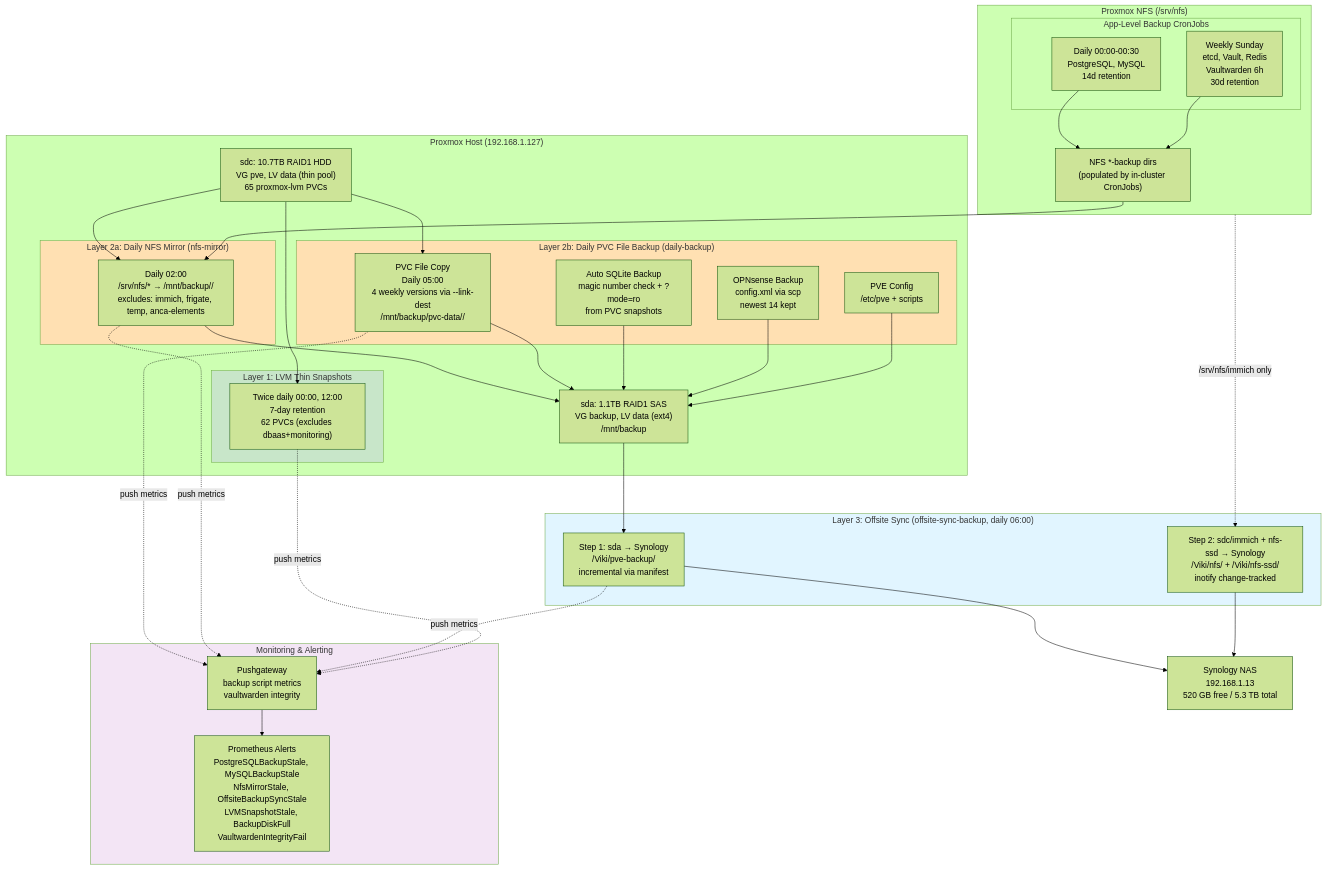
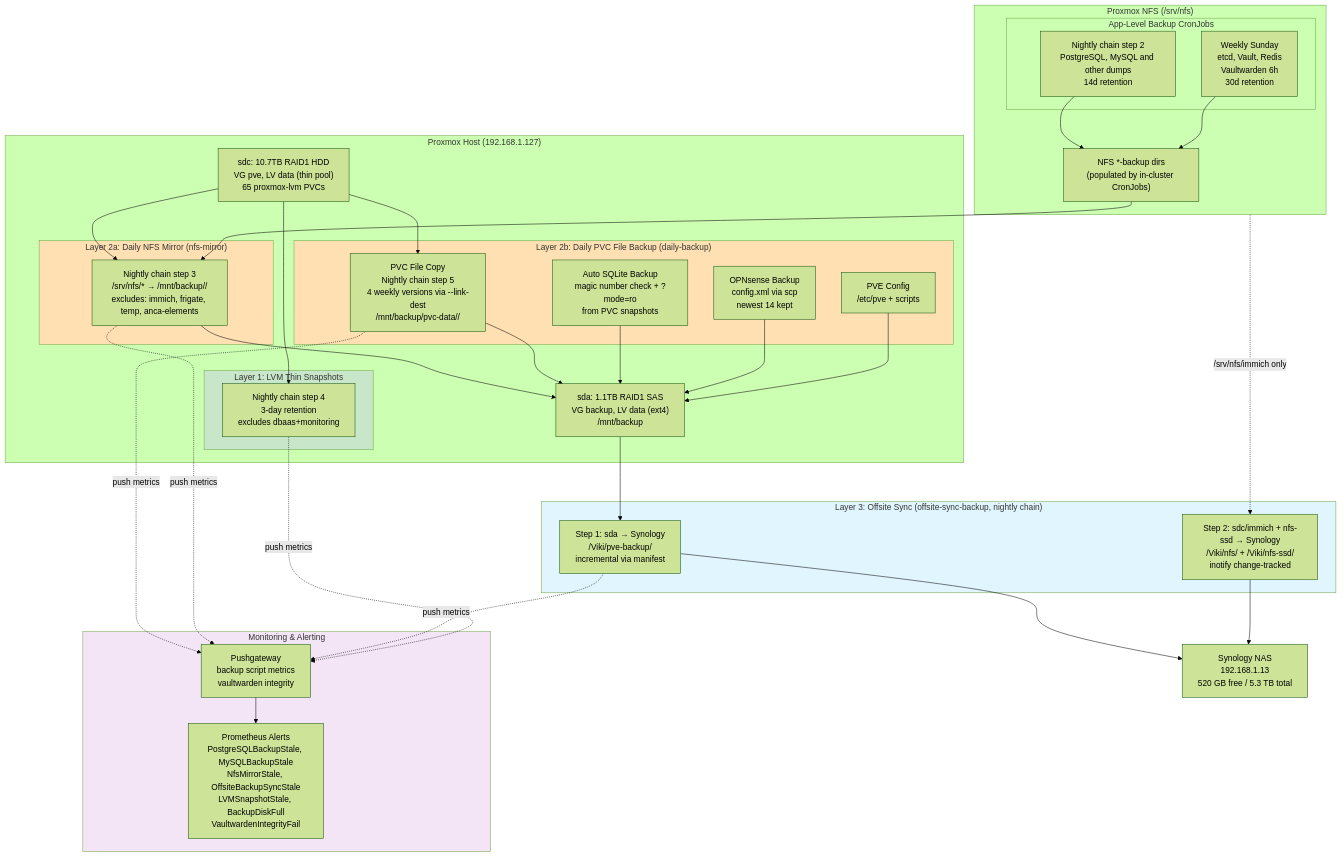
One commit to ViktorBarzin/infra changed the second of 6 diagrams in docs/architecture/backup-dr.md. Above: the diagram before and after it, drawn with Mermaid (forest theme). The commit also changed other lines of this file and 37 other files, not shown here.

````diff
--- a/docs/architecture/backup-dr.md
+++ b/docs/architecture/backup-dr.md
@@ -136,74 +164,74 @@
 ```mermaid
 graph TB
     subgraph Proxmox["Proxmox Host (192.168.1.127)"]
         sdc["sdc: 10.7TB RAID1 HDD<br/>VG pve, LV data (thin pool)<br/>65 proxmox-lvm PVCs"]
         sda["sda: 1.1TB RAID1 SAS<br/>VG backup, LV data (ext4)<br/>/mnt/backup"]
 
         subgraph Layer1["Layer 1: LVM Thin Snapshots"]
-            Snap["Twice daily 00:00, 12:00<br/>7-day retention<br/>62 PVCs (excludes dbaas+monitoring)"]
+            Snap["Nightly chain step 4<br/>3-day retention<br/>excludes dbaas+monitoring"]
         end
 
         subgraph Layer2a["Layer 2a: Daily NFS Mirror (nfs-mirror)"]
-            NFSMirror["Daily 02:00<br/>/srv/nfs/* → /mnt/backup/<svc>/<br/>excludes: immich, frigate, temp, anca-elements"]
+            NFSMirror["Nightly chain step 3<br/>/srv/nfs/* → /mnt/backup/<svc>/<br/>excludes: immich, frigate, temp, anca-elements"]
         end
 
         subgraph Layer2b["Layer 2b: Daily PVC File Backup (daily-backup)"]
-            PVCBackup["PVC File Copy<br/>Daily 05:00<br/>4 weekly versions via --link-dest<br/>/mnt/backup/pvc-data/<YYYY-WW>/"]
+            PVCBackup["PVC File Copy<br/>Nightly chain step 5<br/>4 weekly versions via --link-dest<br/>/mnt/backup/pvc-data/<YYYY-WW>/"]
             SQLiteBackup["Auto SQLite Backup<br/>magic number check + ?mode=ro<br/>from PVC snapshots"]
             PfsenseBackup["OPNsense Backup<br/>config.xml via scp<br/>newest 14 kept"]
             PVEConfig["PVE Config<br/>/etc/pve + scripts"]
         end
 
         sdc --> Snap
         sdc --> NFSMirror
         sdc --> PVCBackup
         NFSMirror --> sda
         PVCBackup --> sda
         SQLiteBackup --> sda
         PfsenseBackup --> sda
         PVEConfig --> sda
     end
 
     subgraph NFS_Storage["Proxmox NFS (/srv/nfs)"]
         NFS_Backup["NFS *-backup dirs<br/>(populated by in-cluster CronJobs)"]
 
         subgraph AppBackups["App-Level Backup CronJobs"]
-            CronDaily["Daily 00:00-00:30<br/>PostgreSQL, MySQL<br/>14d retention"]
+            CronDaily["Nightly chain step 2<br/>PostgreSQL, MySQL and other dumps<br/>14d retention"]
             CronWeekly["Weekly Sunday<br/>etcd, Vault, Redis<br/>Vaultwarden 6h<br/>30d retention"]
         end
 
         CronDaily --> NFS_Backup
         CronWeekly --> NFS_Backup
         NFS_Backup --> NFSMirror
     end
 
-    subgraph Layer3["Layer 3: Offsite Sync (offsite-sync-backup, daily 06:00)"]
+    subgraph Layer3["Layer 3: Offsite Sync (offsite-sync-backup, nightly chain)"]
         PVEOffsite["Step 1: sda → Synology<br/>/Viki/pve-backup/<br/>incremental via manifest"]
         NFSOffsite["Step 2: sdc/immich + nfs-ssd → Synology<br/>/Viki/nfs/ + /Viki/nfs-ssd/<br/>inotify change-tracked"]
     end
 
     sda --> PVEOffsite
     NFS_Storage -. "/srv/nfs/immich only" .-> NFSOffsite
 
     Synology["Synology NAS<br/>192.168.1.13<br/>520 GB free / 5.3 TB total"]
 
     PVEOffsite --> Synology
     NFSOffsite --> Synology
 
     subgraph Monitoring["Monitoring & Alerting"]
         Prometheus["Prometheus Alerts<br/>PostgreSQLBackupStale, MySQLBackupStale<br/>NfsMirrorStale, OffsiteBackupSyncStale<br/>LVMSnapshotStale, BackupDiskFull<br/>VaultwardenIntegrityFail"]
         Pushgateway["Pushgateway<br/>backup script metrics<br/>vaultwarden integrity"]
     end
 
     PVCBackup -.->|push metrics| Pushgateway
     NFSMirror -.->|push metrics| Pushgateway
     PVEOffsite -.->|push metrics| Pushgateway
     Snap -.->|push metrics| Pushgateway
     Pushgateway --> Prometheus
 
     style Layer1 fill:#c8e6c9
     style Layer2a fill:#ffe0b2
     style Layer2b fill:#ffe0b2
     style Layer3 fill:#e1f5ff
     style Monitoring fill:#f3e5f5
 ```
````
